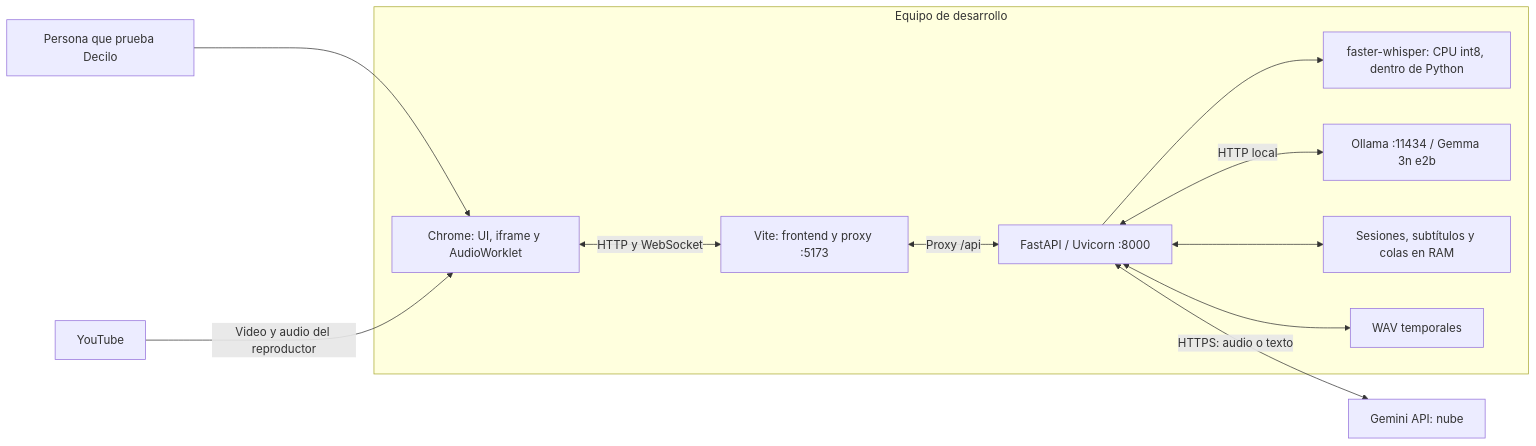
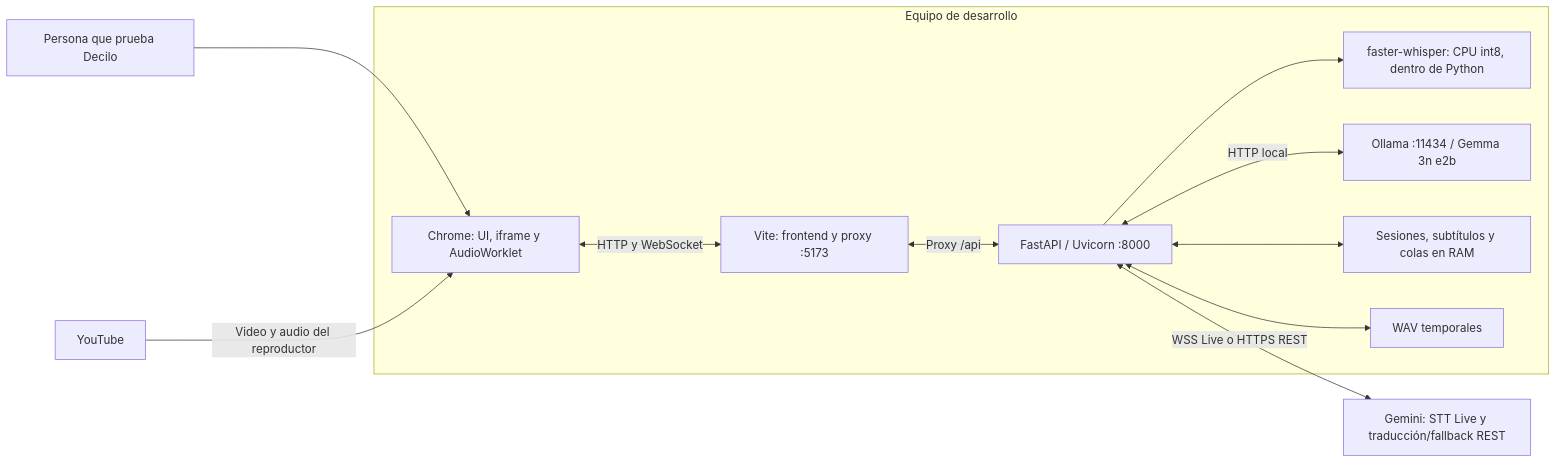
Before and after one commit to dnluc/decilo: the first of 19 diagrams in docs/ARQUITECTURA.md, drawn with Mermaid. The commit also changed other lines of this file and 53 other files, not shown here.

Commit message:
docs: sincronizar guias y arquitectura con Gemini Live y ASR incremental

````diff
--- a/docs/ARQUITECTURA.md
+++ b/docs/ARQUITECTURA.md
@@ -72,21 +72,21 @@
 ```mermaid
 flowchart LR
     Person["Persona que prueba Decilo"] --> Browser
     YouTube["YouTube"] -->|"Video y audio del reproductor"| Browser
     subgraph Machine["Equipo de desarrollo"]
         Browser["Chrome: UI, iframe y AudioWorklet"]
         Vite["Vite: frontend y proxy :5173"]
         API["FastAPI / Uvicorn :8000"]
         Whisper["faster-whisper: CPU int8, dentro de Python"]
         Ollama["Ollama :11434 / Gemma 3n e2b"]
         RAM["Sesiones, subtítulos y colas en RAM"]
         Temp["WAV temporales"]
         Browser <-->|"HTTP y WebSocket"| Vite
         Vite <-->|"Proxy /api"| API
         API --> Whisper
         API <-->|"HTTP local"| Ollama
         API <--> RAM
         API <--> Temp
     end
-    API <-->|"HTTPS: audio o texto"| Gemini["Gemini API: nube"]
+    API <-->|"WSS Live o HTTPS REST"| Gemini["Gemini: STT Live y traducción/fallback REST"]
 ```
````
